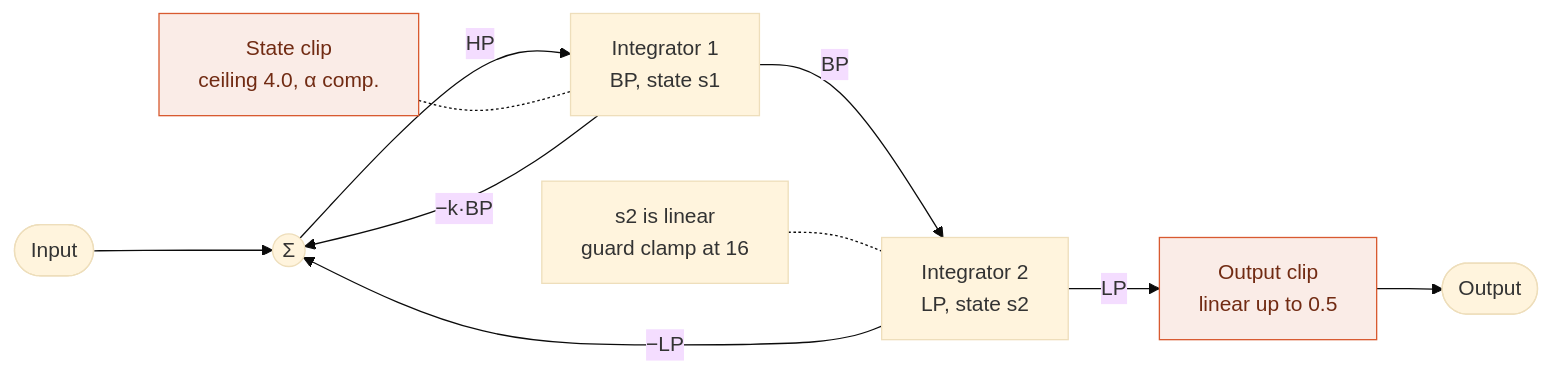
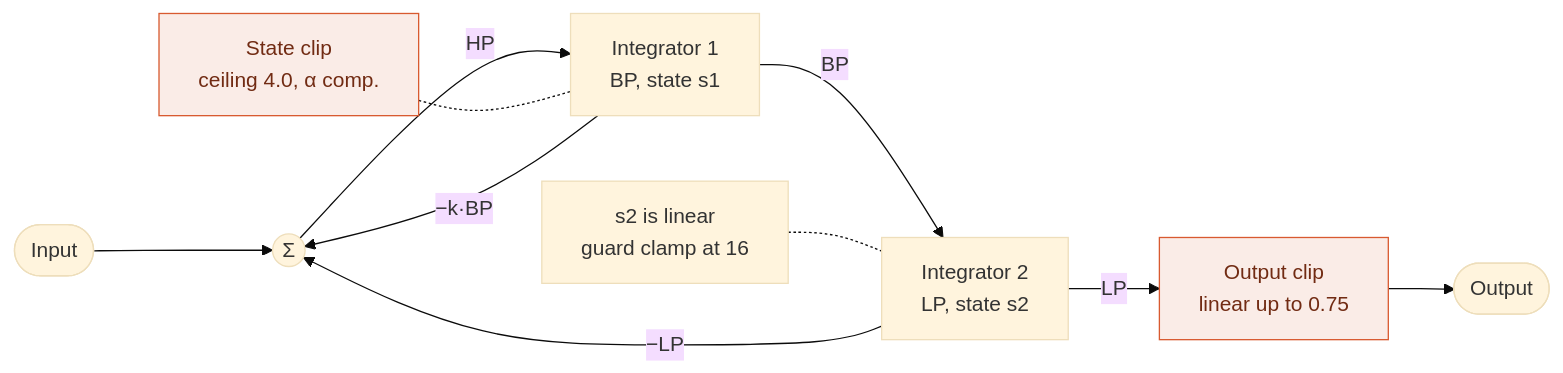
One commit to risgk/midi_synthesizer_spms1 changed the third of 4 diagrams in spms1_type1/README.md. Above: the diagram before and after it, drawn with Mermaid (base theme). The commit also changed other lines of this file and 3 other files, not shown here.

````diff
--- a/spms1_type1/README.md
+++ b/spms1_type1/README.md
@@ -209,14 +209,14 @@
 ```mermaid
 flowchart LR
   IN([Input]) --> SUM((Σ))
   SUM -->|HP| I1["Integrator 1<br/>BP, state s1"]
   I1 -->|BP| I2["Integrator 2<br/>LP, state s2"]
-  I2 -->|LP| OC["Output clip<br/>linear up to 0.5"]
+  I2 -->|LP| OC["Output clip<br/>linear up to 0.75"]
   OC --> OUT([Output])
   SC["State clip<br/>ceiling 4.0, α comp."] -.- I1
   L2["s2 is linear<br/>guard clamp at 16"] -.- I2
   I1 -->|"−k·BP"| SUM
   I2 -->|"−LP"| SUM
   classDef nl fill:#FAECE7,stroke:#D85A30,color:#712B13
   class SC,OC nl
 ```
````
